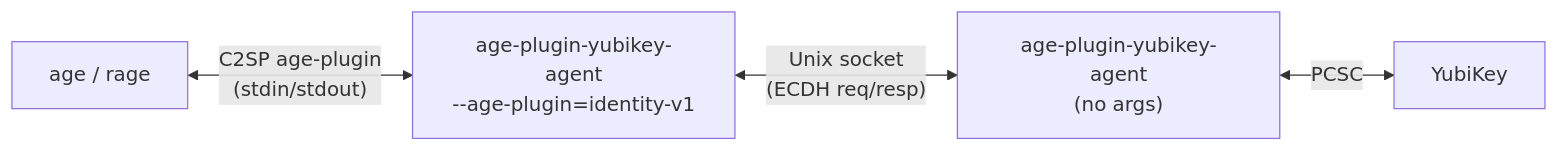
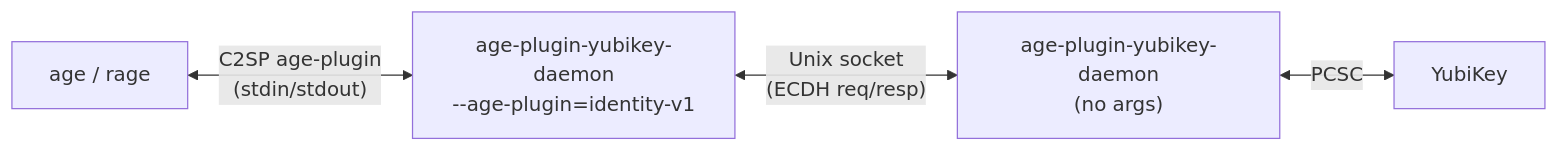
Before and after one commit to brongan/age-plugin-yubikey-daemon: the diagram in README.md, drawn with Mermaid. The commit also changed other lines of this file and 11 other files, not shown here.

Commit message:
Rename to age-plugin-yubikey-daemon.

````diff
--- a/README.md
+++ b/README.md
@@ -28,6 +27,6 @@
 ```mermaid
 flowchart LR
-    age["age / rage"] <-->|"C2SP age-plugin\n(stdin/stdout)"| plugin["age-plugin-yubikey-agent\n--age-plugin=identity-v1"]
-    plugin <-->|"Unix socket\n(ECDH req/resp)"| daemon["age-plugin-yubikey-agent\n(no args)"]
+    age["age / rage"] <-->|"C2SP age-plugin\n(stdin/stdout)"| plugin["age-plugin-yubikey-daemon\n--age-plugin=identity-v1"]
+    plugin <-->|"Unix socket\n(ECDH req/resp)"| daemon["age-plugin-yubikey-daemon\n(no args)"]
     daemon <-->|"PCSC"| yk["YubiKey"]
 ```
````
